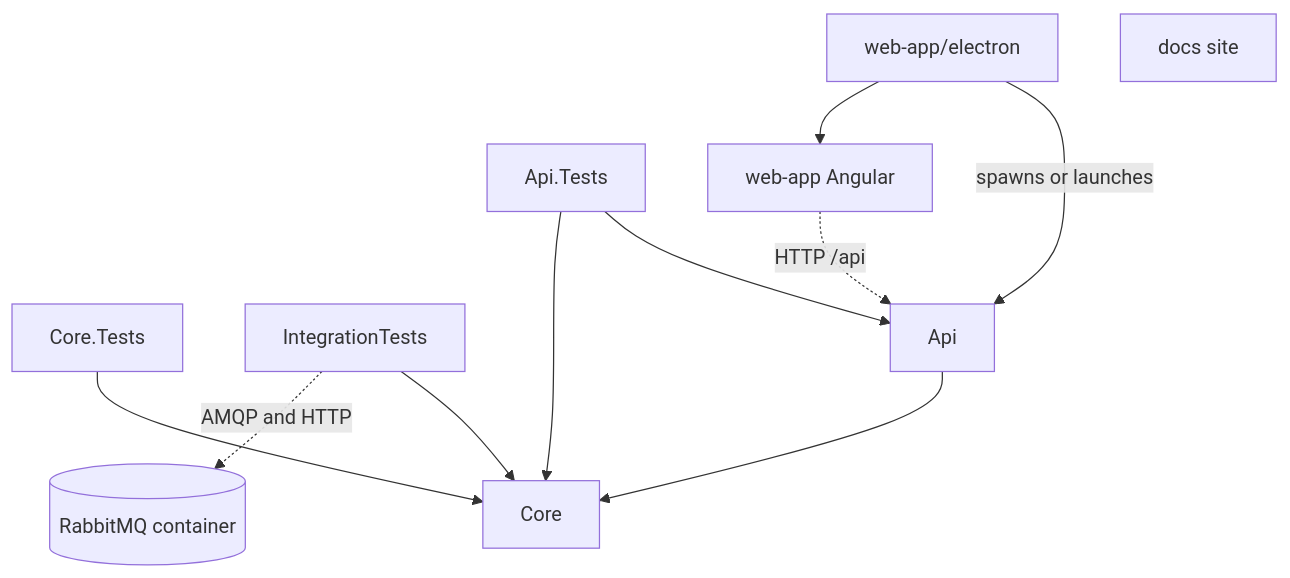
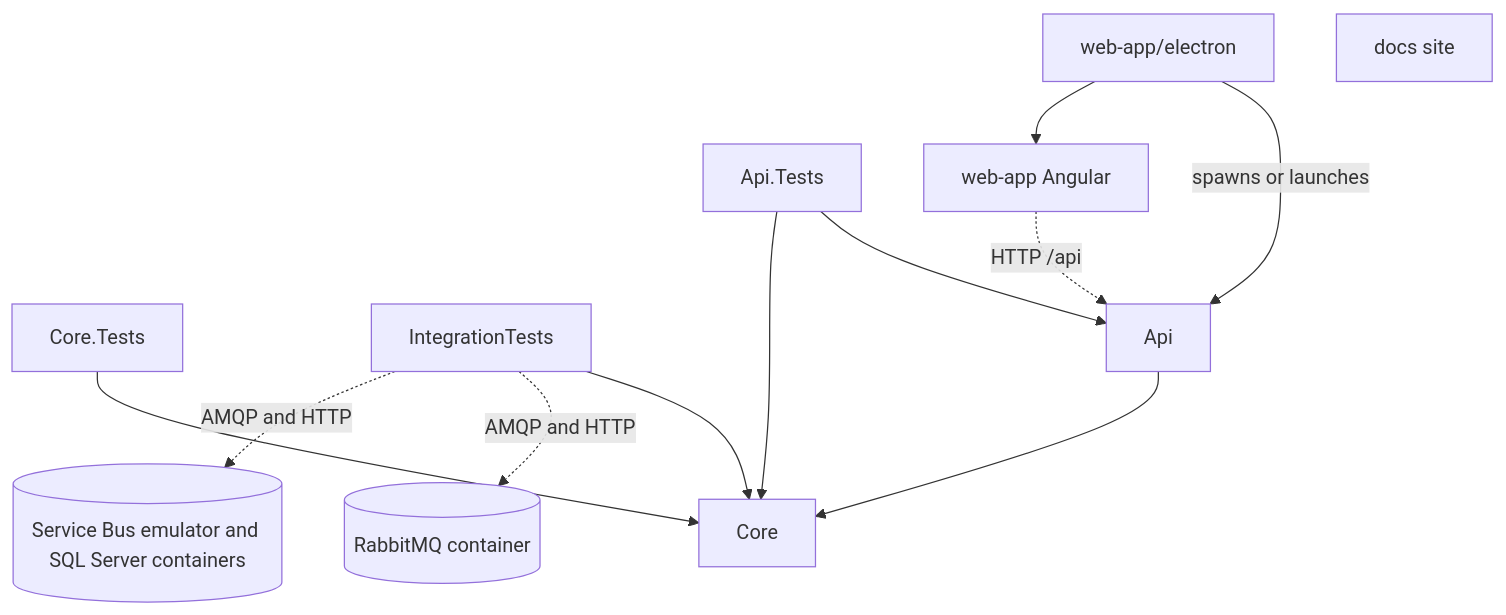
The diagram in vault/pages/architecture/project-map.md (vitorafgomes/messaging-explorer), drawn with Mermaid before and after one commit. The commit also changed other lines of this file and 6 other files, not shown here.

````diff
--- a/vault/pages/architecture/project-map.md
+++ b/vault/pages/architecture/project-map.md
@@ -42,13 +42,14 @@
 ```mermaid
 flowchart TD
     CT[Core.Tests] --> Core
     IT[IntegrationTests] --> Core
     IT -. AMQP and HTTP .-> RMQ[(RabbitMQ container)]
+    IT -. AMQP and HTTP .-> SBE[(Service Bus emulator and SQL Server containers)]
     Api --> Core
     AT[Api.Tests] --> Api
     AT --> Core
     WEB[web-app Angular] -. HTTP /api .-> Api
     EL[web-app/electron] -- spawns or launches --> Api
     EL --> WEB
     DOCS[docs site]
 ```
````
